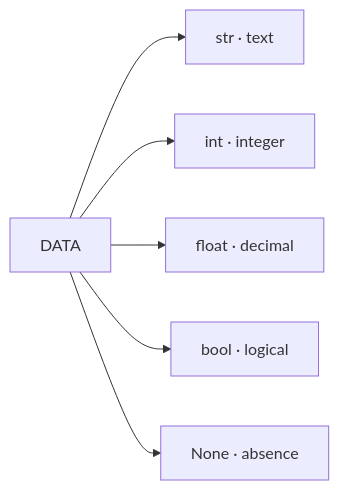
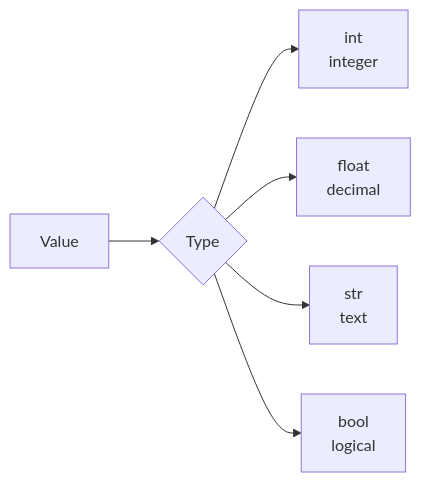
Before and after one commit to DIALVEBE/DataScienceProgramming: the third of 11 diagrams in sessions/session-01_en.md, drawn with Mermaid. The commit also changed other lines of this file and 9 other files, not shown here.

````diff
--- a/sessions/session-01_en.md
+++ b/sessions/session-01_en.md
@@ -293,8 +116,8 @@
 ```mermaid
 flowchart LR
-    D[DATA] --> S["str · text"]
-    D --> I["int · integer"]
-    D --> F["float · decimal"]
-    D --> B["bool · logical"]
-    D --> N["None · absence"]
+    A[Value] --> B{Type}
+    B --> C[int<br/>integer]
+    B --> D[float<br/>decimal]
+    B --> E[str<br/>text]
+    B --> F[bool<br/>logical]
 ```
````
